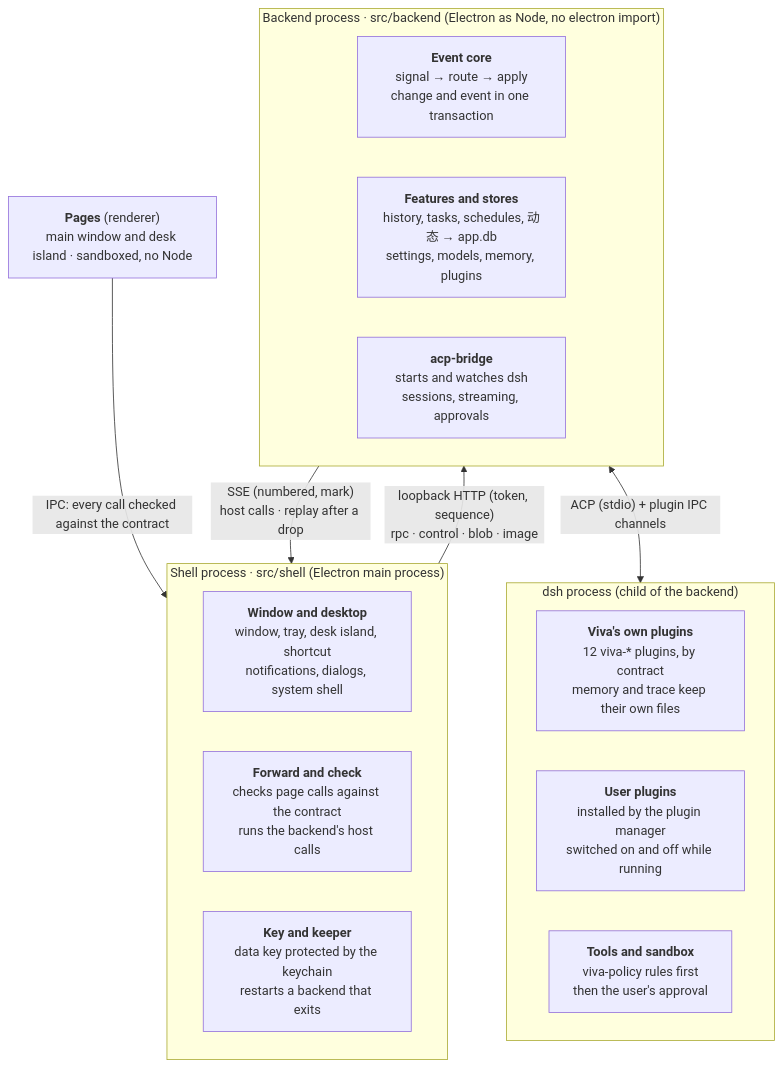
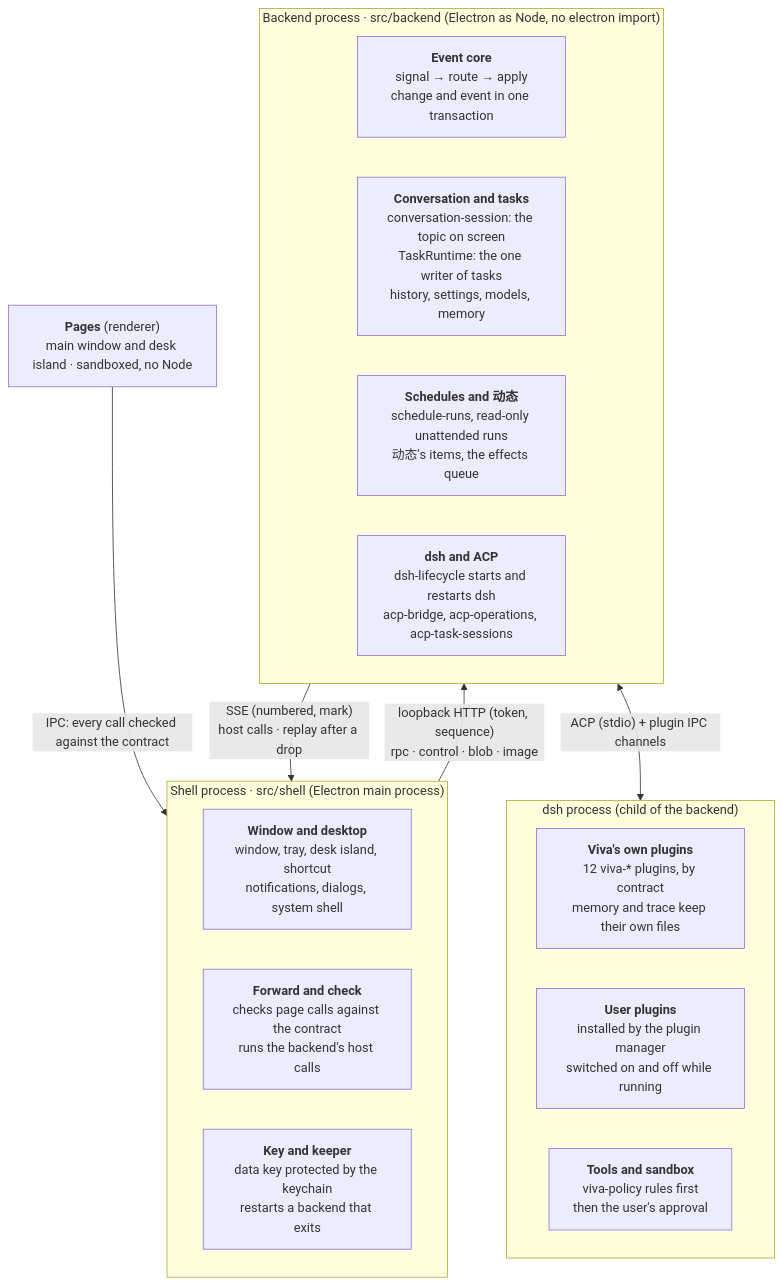
Before and after one commit to JNS0724/Viva: the diagram in docs/system-design.md, drawn with Mermaid. The commit also changed other lines of this file and 8 other files, not shown here.

First line of the commit message:
docs: bring the architecture docs up to #101

````diff
--- a/docs/system-design.md
+++ b/docs/system-design.md
@@ -24,23 +24,24 @@
 ```mermaid
 flowchart TB
   pages["<b>Pages</b> (renderer)<br/>main window and desk island · sandboxed, no Node"]
   subgraph shell["Shell process · src/shell (Electron main process)"]
     s1["<b>Window and desktop</b><br/>window, tray, desk island, shortcut<br/>notifications, dialogs, system shell"]
     s2["<b>Forward and check</b><br/>checks page calls against the contract<br/>runs the backend's host calls"]
     s3["<b>Key and keeper</b><br/>data key protected by the keychain<br/>restarts a backend that exits"]
   end
   subgraph backend["Backend process · src/backend (Electron as Node, no electron import)"]
     b1["<b>Event core</b><br/>signal → route → apply<br/>change and event in one transaction"]
-    b2["<b>Features and stores</b><br/>history, tasks, schedules, 动态 → app.db<br/>settings, models, memory, plugins"]
-    b3["<b>acp-bridge</b><br/>starts and watches dsh<br/>sessions, streaming, approvals"]
+    b2["<b>Conversation and tasks</b><br/>conversation-session: the topic on screen<br/>TaskRuntime: the one writer of tasks<br/>history, settings, models, memory"]
+    b3["<b>Schedules and 动态</b><br/>schedule-runs, read-only unattended runs<br/>动态's items, the effects queue"]
+    b4["<b>dsh and ACP</b><br/>dsh-lifecycle starts and restarts dsh<br/>acp-bridge, acp-operations, acp-task-sessions"]
   end
   subgraph dsh["dsh process (child of the backend)"]
     d1["<b>Viva's own plugins</b><br/>12 viva-* plugins, by contract<br/>memory and trace keep their own files"]
     d2["<b>User plugins</b><br/>installed by the plugin manager<br/>switched on and off while running"]
     d3["<b>Tools and sandbox</b><br/>viva-policy rules first<br/>then the user's approval"]
   end
   pages -- "IPC: every call checked against the contract" --> shell
   shell -- "loopback HTTP (token, sequence)<br/>rpc · control · blob · image" --> backend
   backend -- "SSE (numbered, mark)<br/>host calls · replay after a drop" --> shell
   backend <-->|"ACP (stdio) + plugin IPC channels"| dsh
 ```
````
